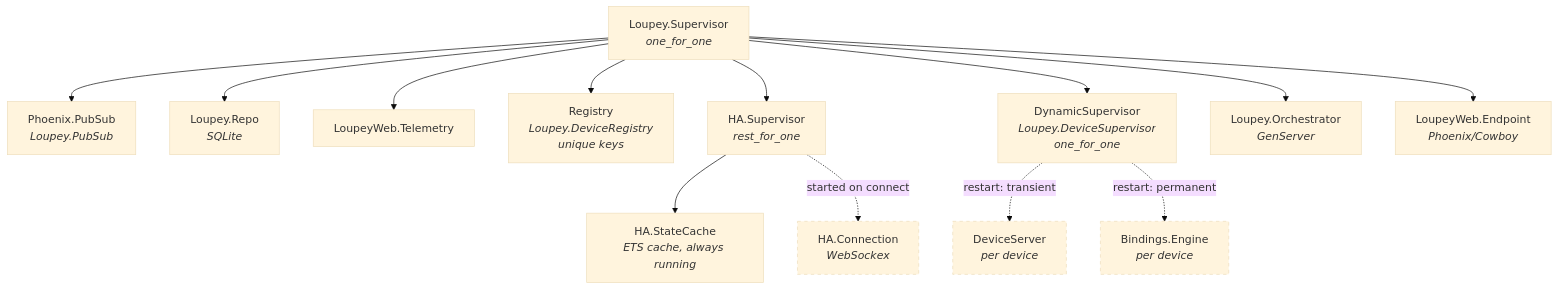
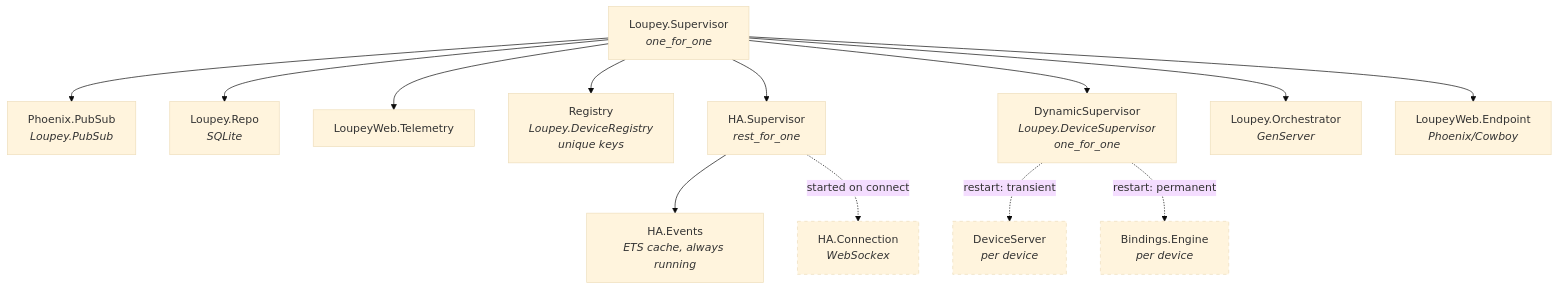
One commit to bbangert/loupey changed the diagram in guides/architecture.md. Above: the diagram before and after it, drawn with Mermaid (base theme). The commit also changed other lines of this file and 25 other files, not shown here.

````diff
--- a/guides/architecture.md
+++ b/guides/architecture.md
@@ -5,23 +5,23 @@
 ```mermaid
 graph TD
     App["Loupey.Supervisor<br/><i>one_for_one</i>"]
 
     App --> PubSub["Phoenix.PubSub<br/><i>Loupey.PubSub</i>"]
     App --> Repo["Loupey.Repo<br/><i>SQLite</i>"]
     App --> Telemetry["LoupeyWeb.Telemetry"]
     App --> Registry["Registry<br/><i>Loupey.DeviceRegistry</i><br/><i>unique keys</i>"]
     App --> HASup["HA.Supervisor<br/><i>rest_for_one</i>"]
     App --> DynSup["DynamicSupervisor<br/><i>Loupey.DeviceSupervisor</i><br/><i>one_for_one</i>"]
     App --> Orch["Loupey.Orchestrator<br/><i>GenServer</i>"]
     App --> Endpoint["LoupeyWeb.Endpoint<br/><i>Phoenix/Cowboy</i>"]
 
-    HASup --> StateCache["HA.StateCache<br/><i>ETS cache, always running</i>"]
+    HASup --> Events["HA.Events<br/><i>ETS cache, always running</i>"]
     HASup -.->|"started on connect"| Conn["HA.Connection<br/><i>WebSockex</i>"]
 
     DynSup -.->|"restart: transient"| DS1["DeviceServer<br/><i>per device</i>"]
     DynSup -.->|"restart: permanent"| Eng1["Bindings.Engine<br/><i>per device</i>"]
 
     style DS1 stroke-dasharray: 5 5
     style Eng1 stroke-dasharray: 5 5
     style Conn stroke-dasharray: 5 5
 ```
````
